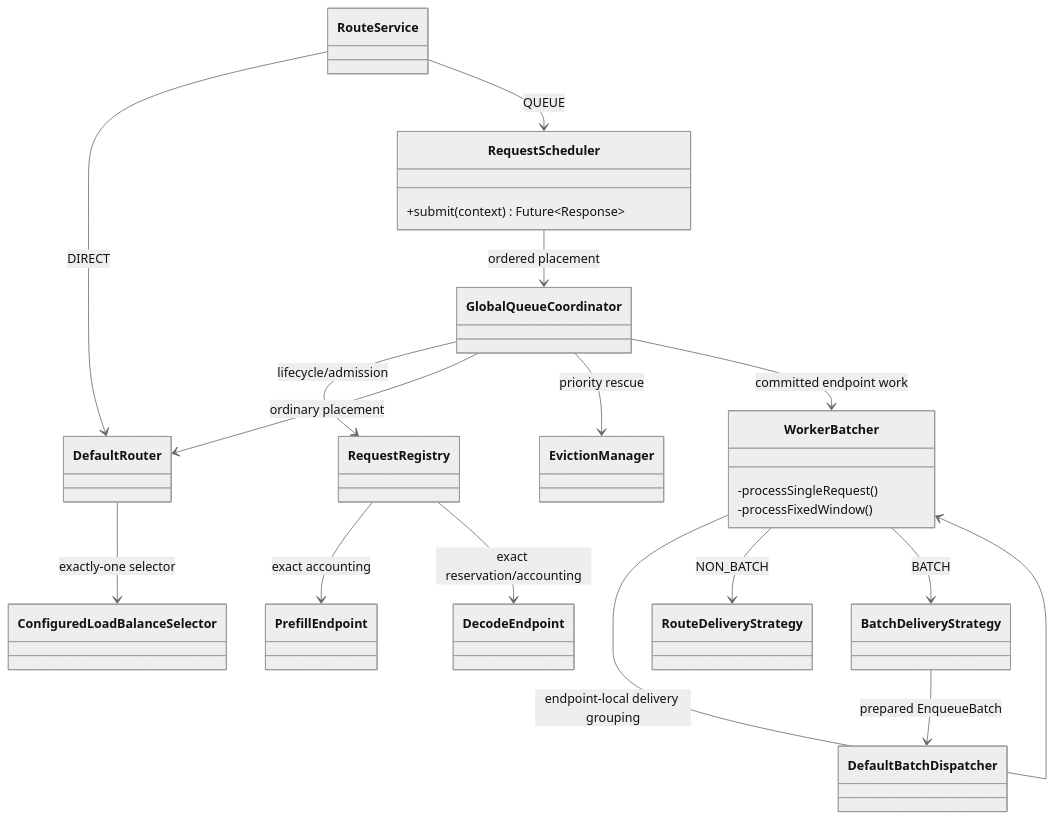
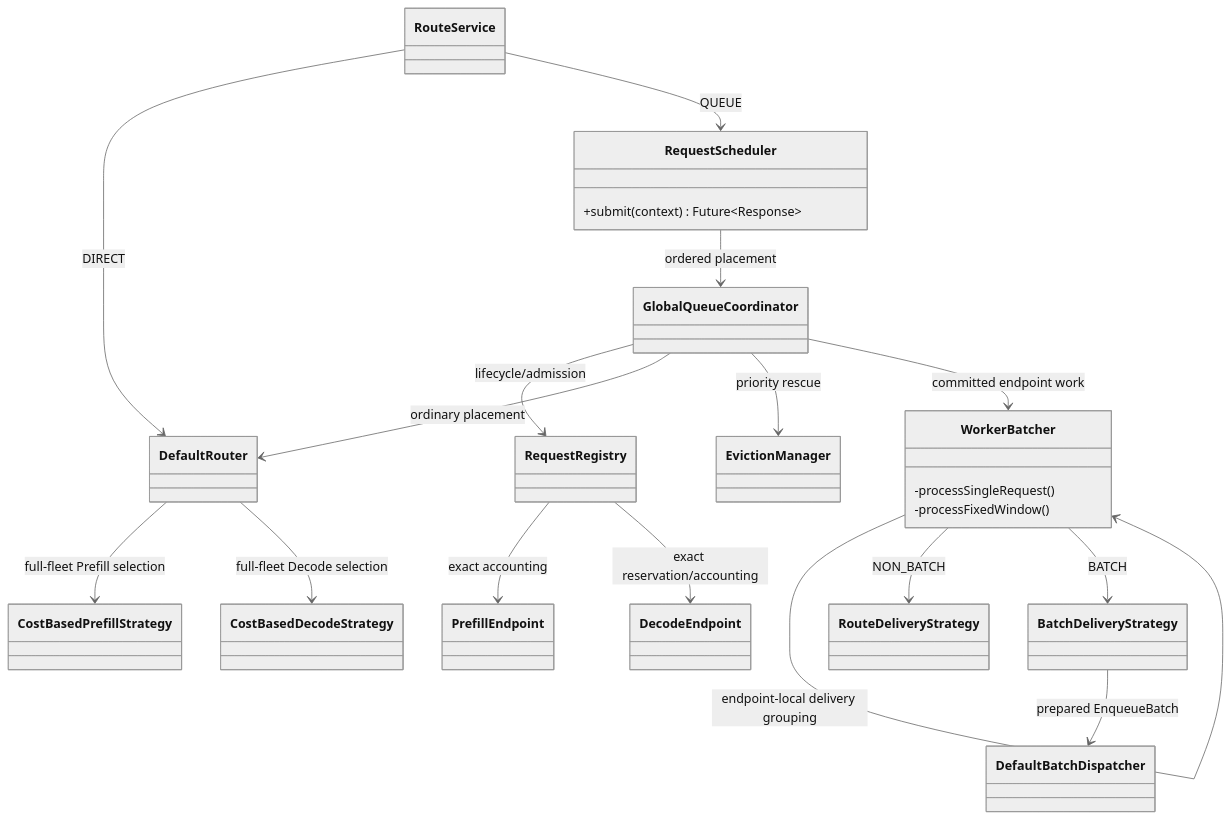
One commit to alibaba/rtp-llm changed the first of 2 diagrams in rtp_llm/flexlb/docs/priority-scheduler-delivery-modes.md. Above: the diagram before and after it, drawn with Mermaid (neutral theme). The commit also changed other lines of this file and 53 other files, not shown here.

````diff
--- a/rtp_llm/flexlb/docs/priority-scheduler-delivery-modes.md
+++ b/rtp_llm/flexlb/docs/priority-scheduler-delivery-modes.md
@@ -29,36 +29,38 @@
 ```mermaid
 classDiagram
     class RouteService
     class DefaultRouter
-    class ConfiguredLoadBalanceSelector
+    class CostBasedPrefillStrategy
+    class CostBasedDecodeStrategy
     class RequestScheduler {
         +submit(context) Future~Response~
     }
     class GlobalQueueCoordinator
     class RequestRegistry
     class EvictionManager
     class WorkerBatcher {
         -processSingleRequest()
         -processFixedWindow()
     }
     class RouteDeliveryStrategy
     class BatchDeliveryStrategy
     class DefaultBatchDispatcher
     class PrefillEndpoint
     class DecodeEndpoint
 
     RouteService --> DefaultRouter : DIRECT
     RouteService --> RequestScheduler : QUEUE
-    DefaultRouter --> ConfiguredLoadBalanceSelector : exactly-one selector
+    DefaultRouter --> CostBasedPrefillStrategy : full-fleet Prefill selection
+    DefaultRouter --> CostBasedDecodeStrategy : full-fleet Decode selection
     RequestScheduler --> GlobalQueueCoordinator : ordered placement
     GlobalQueueCoordinator --> RequestRegistry : lifecycle/admission
     GlobalQueueCoordinator --> DefaultRouter : ordinary placement
     GlobalQueueCoordinator --> EvictionManager : priority rescue
     GlobalQueueCoordinator --> WorkerBatcher : committed endpoint work
     WorkerBatcher --> WorkerBatcher : endpoint-local delivery grouping
     WorkerBatcher --> RouteDeliveryStrategy : NON_BATCH
     WorkerBatcher --> BatchDeliveryStrategy : BATCH
     BatchDeliveryStrategy --> DefaultBatchDispatcher : prepared EnqueueBatch
     RequestRegistry --> PrefillEndpoint : exact accounting
     RequestRegistry --> DecodeEndpoint : exact reservation/accounting
 ```
````
